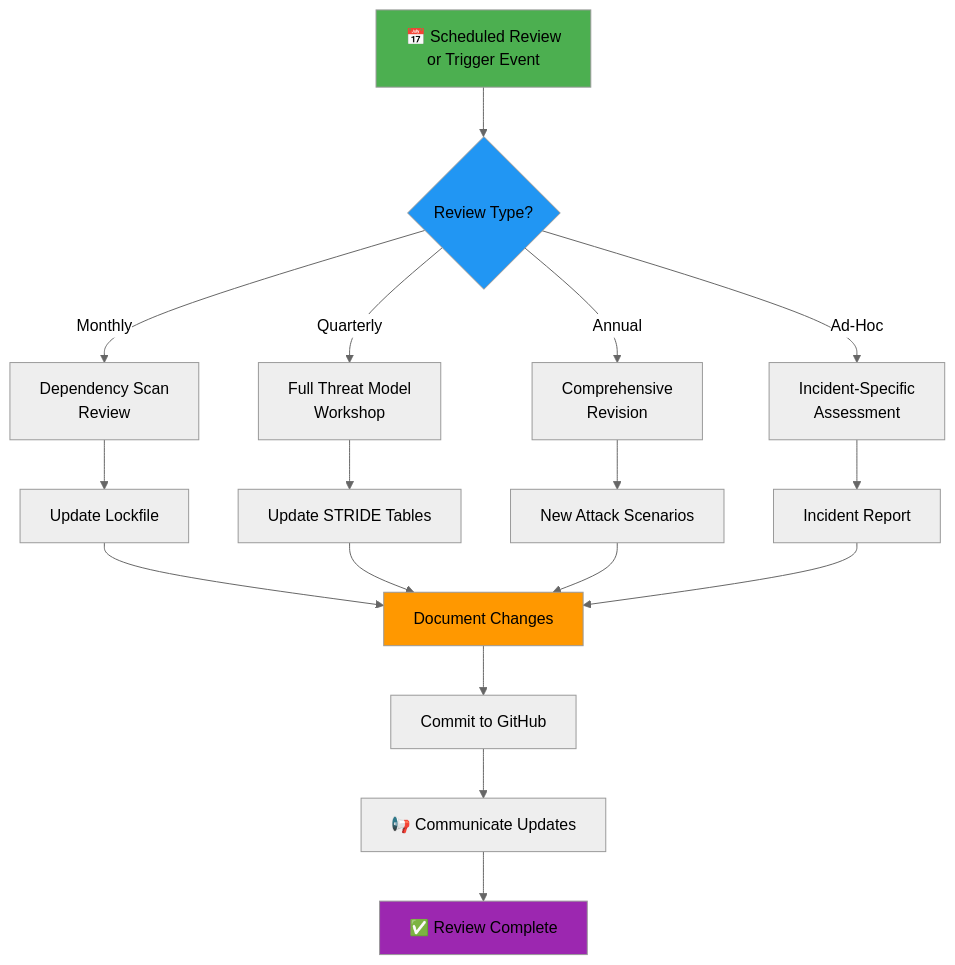
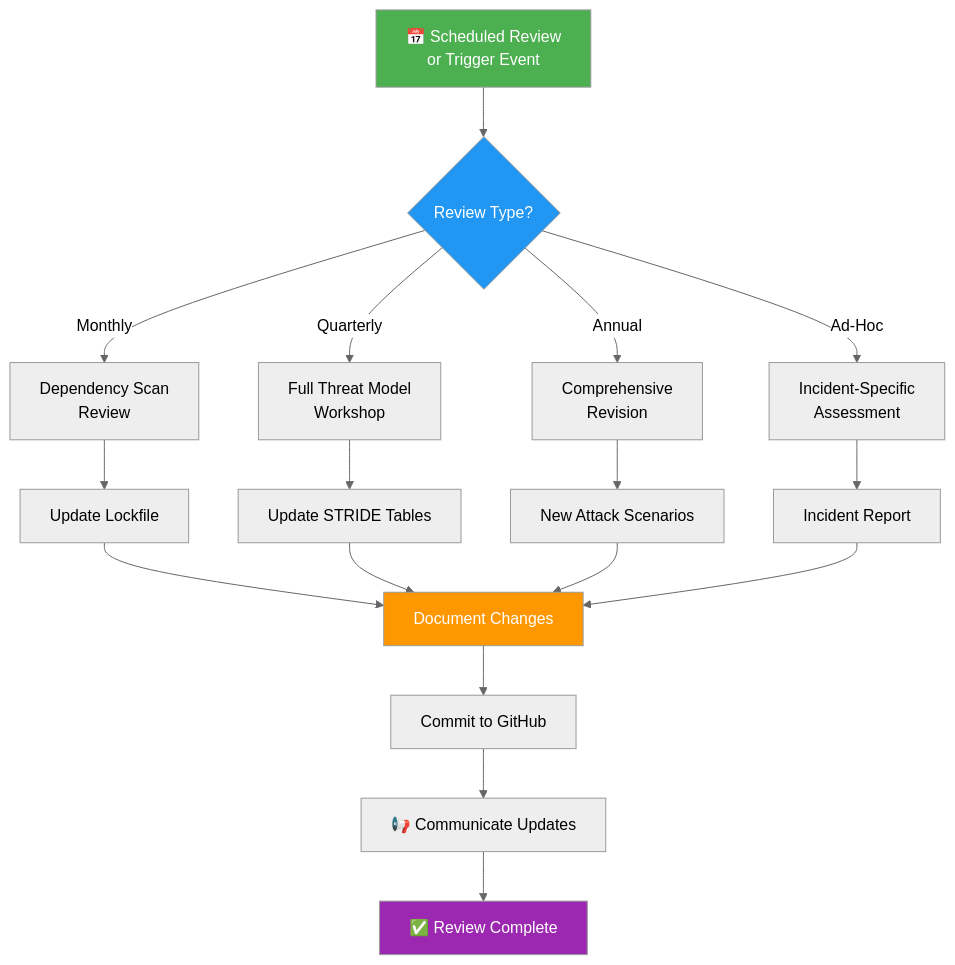
Before and after one commit to Hack23/European-Parliament-MCP-Server: diagram 13 of 21 in THREAT_MODEL.md, drawn with Mermaid (neutral theme). The commit also changed other lines of this file and 28 other files, not shown here.

First line of the commit message:
fix: correct 5 broken mermaid diagrams and add explicit text colors for dark/light mode

````diff
--- a/THREAT_MODEL.md
+++ b/THREAT_MODEL.md
@@ -1172,27 +1217,31 @@
 ```mermaid
 graph TD
     A[📅 Scheduled Review<br/>or Trigger Event] --> B{Review Type?}
     B -->|Monthly| C[Dependency Scan<br/>Review]
     B -->|Quarterly| D[Full Threat Model<br/>Workshop]
     B -->|Annual| E[Comprehensive<br/>Revision]
     B -->|Ad-Hoc| F[Incident-Specific<br/>Assessment]
     
     C --> G[Update Lockfile]
     D --> H[Update STRIDE Tables]
     E --> I[New Attack Scenarios]
     F --> J[Incident Report]
     
     G --> K[Document Changes]
     H --> K
     I --> K
     J --> K
     
     K --> L[Commit to GitHub]
     L --> M[📢 Communicate Updates]
     M --> N[✅ Review Complete]
     
-    style A fill:#4CAF50
-    style B fill:#2196F3
-    style K fill:#FF9800
-    style N fill:#9C27B0
+    style A fill:#4CAF50,color:#ffffff
+
+    style B fill:#2196F3,color:#ffffff
+
+    style K fill:#FF9800,color:#ffffff
+
+    style N fill:#9C27B0,color:#ffffff
+
 ```
````
